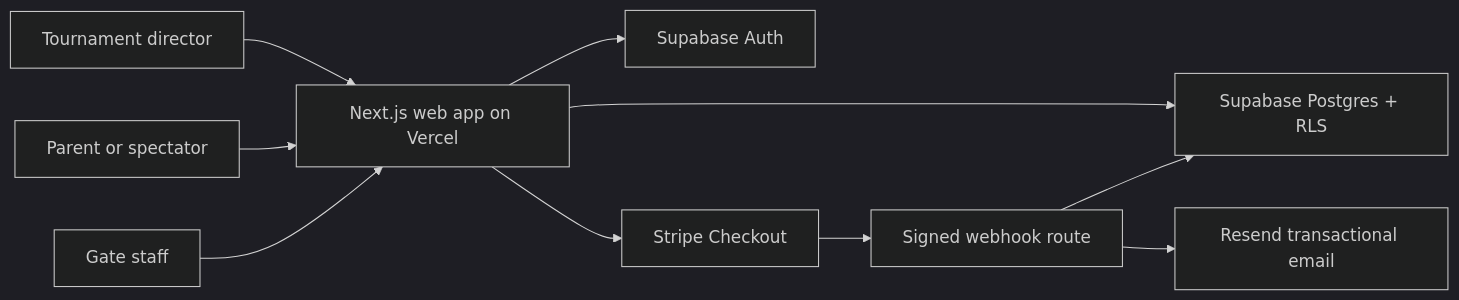
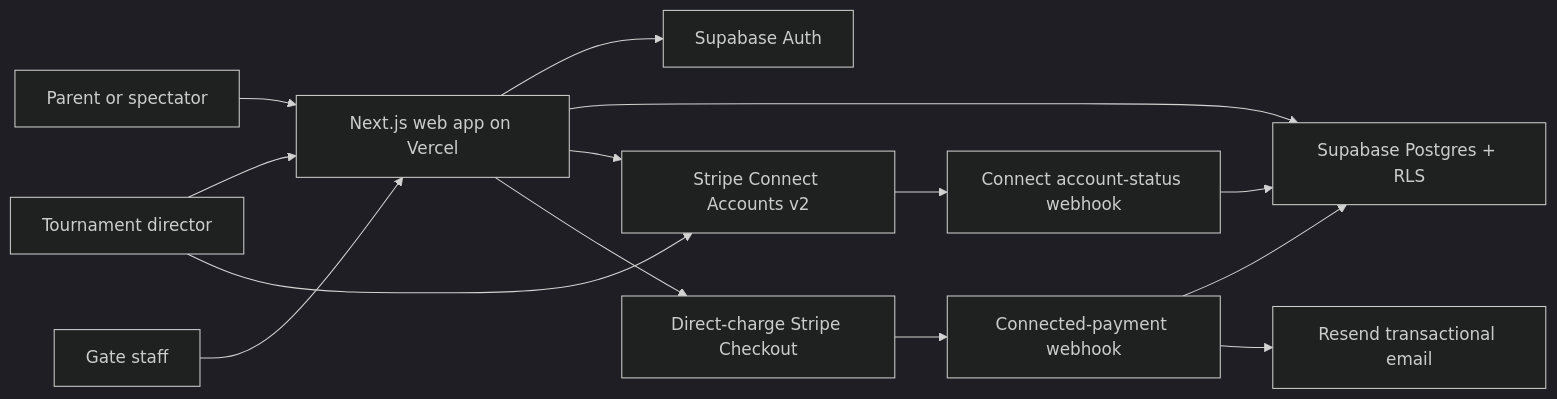
The diagram in docs/mvp-architecture.md (LukeShew/tournibase-web-app), drawn with Mermaid (dark theme) before and after one commit. The commit also changed other lines of this file and 48 other files, not shown here.

Commit message:
Implement Stripe Connect direct-charge payments

````diff
--- a/docs/mvp-architecture.md
+++ b/docs/mvp-architecture.md
@@ -7,12 +7,16 @@
 ```mermaid
 flowchart LR
   Director["Tournament director"] --> Web["Next.js web app on Vercel"]
   Buyer["Parent or spectator"] --> Web
   Staff["Gate staff"] --> Web
   Web --> Auth["Supabase Auth"]
   Web --> DB["Supabase Postgres + RLS"]
-  Web --> Stripe["Stripe Checkout"]
-  Stripe --> Webhook["Signed webhook route"]
+  Web --> Connect["Stripe Connect Accounts v2"]
+  Director --> Connect
+  Web --> Stripe["Direct-charge Stripe Checkout"]
+  Stripe --> Webhook["Connected-payment webhook"]
+  Connect --> AccountWebhook["Connect account-status webhook"]
   Webhook --> DB
+  AccountWebhook --> DB
   Webhook --> Email["Resend transactional email"]
 ```
````
